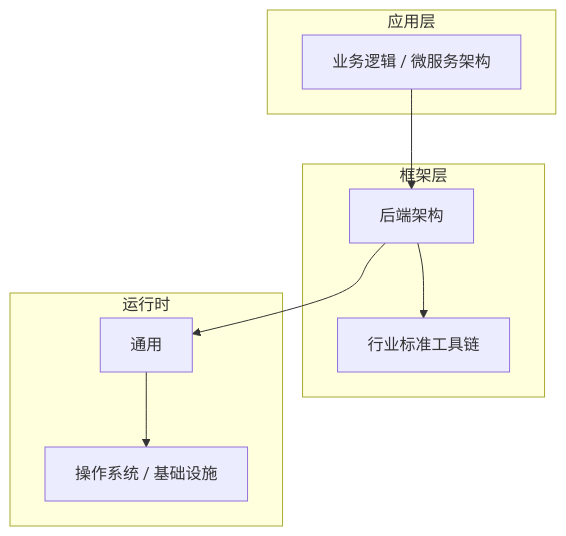
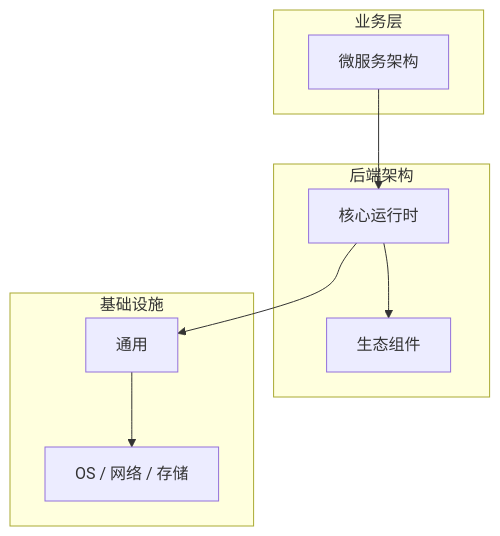
One commit to yanggan2015/knowledge-json-v2 changed the diagram in articles/后端架构/chapters/023-微服务架构核心概念与原理.md. Above: the diagram before and after it, drawn with Mermaid. The commit also changed other lines of this file and 10127 other files, not shown here.

````diff
--- a/articles/后端架构/chapters/023-微服务架构核心概念与原理.md
+++ b/articles/后端架构/chapters/023-微服务架构核心概念与原理.md
@@ -45,18 +34,18 @@
 ```mermaid
 graph TB
-    subgraph 应用层
-        A[业务逻辑 / 微服务架构]
+    subgraph 业务层
+        A[微服务架构]
     end
-    subgraph 框架层
-        B[后端架构]
-        C[行业标准工具链]
+    subgraph 后端架构
+        B[核心运行时]
+        C[生态组件]
     end
-    subgraph 运行时
+    subgraph 基础设施
         D[通用]
-        E[操作系统 / 基础设施]
+        E[OS / 网络 / 存储]
     end
     A --> B
     B --> C
     B --> D
     D --> E
 ```
````
